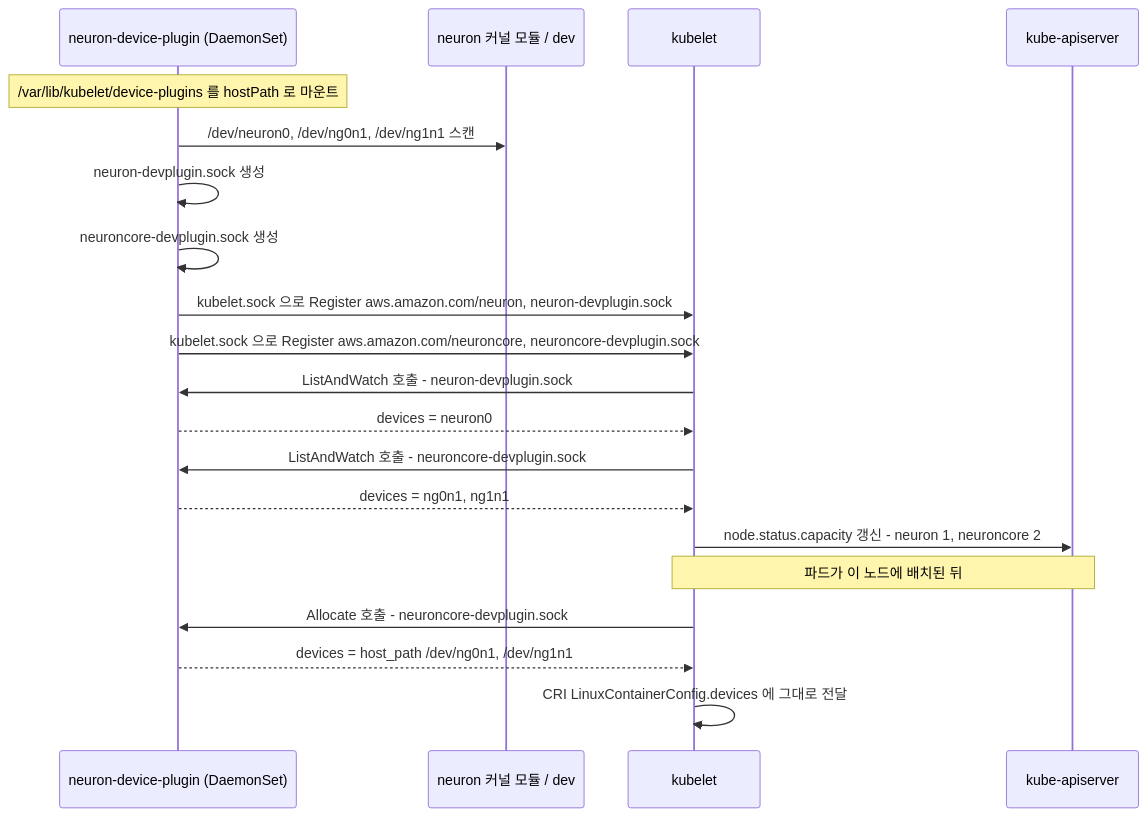
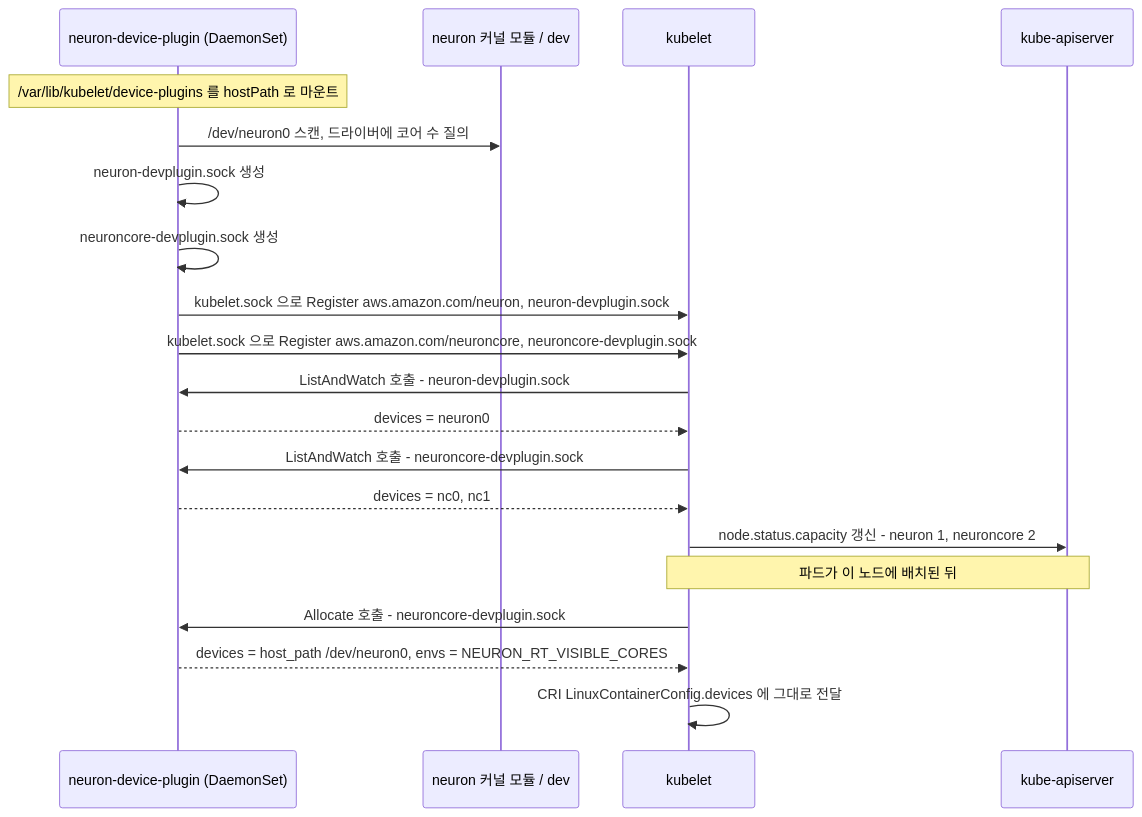
Before and after one commit to sirzzang/sirzzang.github.io: the first of 2 diagrams in _posts/2026-09-11-Kubernetes-LLM-Serving-Optimization-08-02-02-Neuron-Device-Exposure.md, drawn with Mermaid. The commit also changed other lines of this file and 8 other files, not shown here.

````diff
--- a/_posts/2026-09-11-Kubernetes-LLM-Serving-Optimization-08-02-02-Neuron-Device-Exposure.md
+++ b/_posts/2026-09-11-Kubernetes-LLM-Serving-Optimization-08-02-02-Neuron-Device-Exposure.md
@@ -315,23 +314,23 @@
 ```mermaid
 sequenceDiagram
     participant P as neuron-device-plugin (DaemonSet)
     participant D as neuron 커널 모듈 / dev
     participant K as kubelet
     participant A as kube-apiserver
 
     Note over P: /var/lib/kubelet/device-plugins 를 hostPath 로 마운트
-    P->>D: /dev/neuron0, /dev/ng0n1, /dev/ng1n1 스캔
+    P->>D: /dev/neuron0 스캔, 드라이버에 코어 수 질의
     P->>P: neuron-devplugin.sock 생성
     P->>P: neuroncore-devplugin.sock 생성
     P->>K: kubelet.sock 으로 Register aws.amazon.com/neuron, neuron-devplugin.sock
     P->>K: kubelet.sock 으로 Register aws.amazon.com/neuroncore, neuroncore-devplugin.sock
     K->>P: ListAndWatch 호출 - neuron-devplugin.sock
     P-->>K: devices = neuron0
     K->>P: ListAndWatch 호출 - neuroncore-devplugin.sock
-    P-->>K: devices = ng0n1, ng1n1
+    P-->>K: devices = nc0, nc1
     K->>A: node.status.capacity 갱신 - neuron 1, neuroncore 2
     Note over K,A: 파드가 이 노드에 배치된 뒤
     K->>P: Allocate 호출 - neuroncore-devplugin.sock
-    P-->>K: devices = host_path /dev/ng0n1, /dev/ng1n1
+    P-->>K: devices = host_path /dev/neuron0, envs = NEURON_RT_VISIBLE_CORES
     K->>K: CRI LinuxContainerConfig.devices 에 그대로 전달
 ```
````
